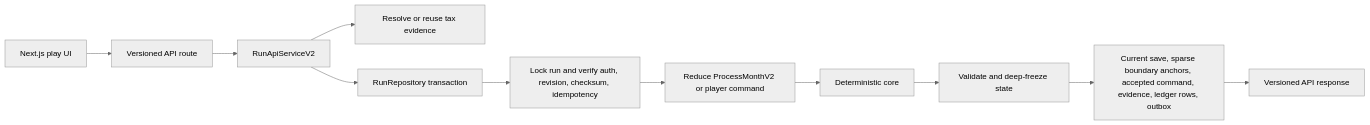
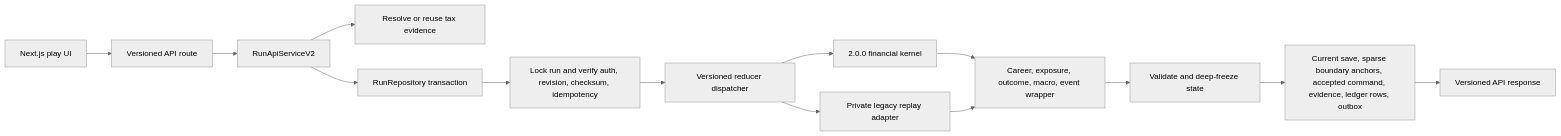
Before and after one commit to tiennguyentony/life_finance: the first of 2 diagrams in docs/architecture/system-audit.md, drawn with Mermaid (neutral theme). The commit also changed other lines of this file and 15 other files, not shown here.

```diff
--- a/docs/architecture/system-audit.md
+++ b/docs/architecture/system-audit.md
@@ -33,13 +34,16 @@
 ~~~mermaid
 flowchart LR
     UI["Next.js play UI"] --> ROUTE["Versioned API route"]
     ROUTE --> SERVICE["RunApiServiceV2"]
     SERVICE --> TAX["Resolve or reuse tax evidence"]
     SERVICE --> REPO["RunRepository transaction"]
     REPO --> LOCK["Lock run and verify auth, revision, checksum, idempotency"]
-    LOCK --> REDUCE["Reduce ProcessMonthV2 or player command"]
-    REDUCE --> CORE["Deterministic core"]
-    CORE --> FINALIZE["Validate and deep-freeze state"]
+    LOCK --> REDUCE["Versioned reducer dispatcher"]
+    REDUCE --> KERNEL["2.0.0 financial kernel"]
+    REDUCE --> LEGACY["Private legacy replay adapter"]
+    KERNEL --> WRAP["Career, exposure, outcome, macro, event wrapper"]
+    LEGACY --> WRAP
+    WRAP --> FINALIZE["Validate and deep-freeze state"]
     FINALIZE --> PERSIST["Current save, sparse boundary anchors, accepted command, evidence, ledger rows, outbox"]
     PERSIST --> RESPONSE["Versioned API response"]
 ~~~
```
